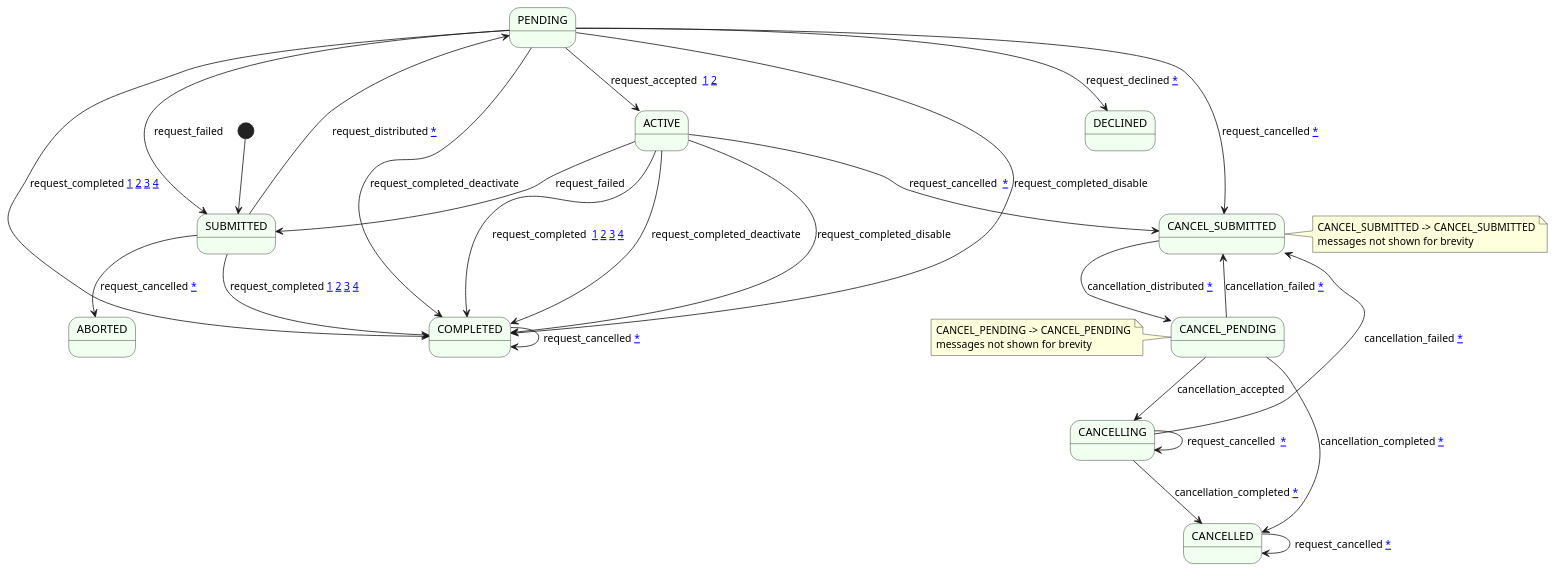
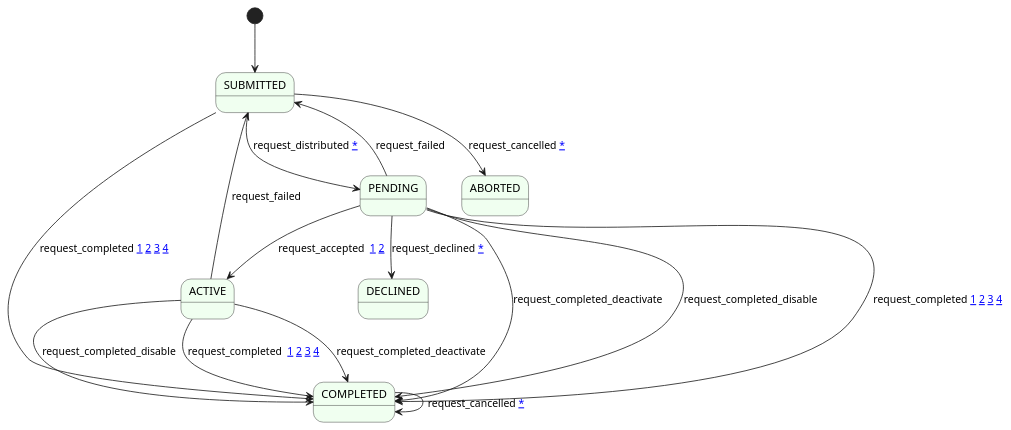
Before and after one commit to ONSdigital/rm-action-service: the diagram in diagrams/action-state.puml, drawn with PlantUML. The commit also changed 6 other files, not shown here.

```diff
--- a/diagrams/action-state.puml
+++ b/diagrams/action-state.puml
@@ -1,64 +1,26 @@
 @startuml
 skinparam state {
     BackgroundColor HoneyDew
 }
 
 [*] --> SUBMITTED
 
 SUBMITTED --> PENDING : request_distributed [[https://github.com/ONSdigital/rm-action-service/blob/master/src/main/java/uk/gov/ons/ctp/response/action/service/impl/ActionProcessingServiceImpl.java#L106 *]]
 SUBMITTED --> COMPLETED : request_completed [[https://github.com/ONSdigital/rm-action-service/blob/master/src/main/java/uk/gov/ons/ctp/response/action/service/impl/ActionProcessingServiceImpl.java#L107 1]] [[https://github.com/ONSdigital/rm-actionexporter-service/blob/master/src/main/java/uk/gov/ons/ctp/response/action/export/message/impl/SftpServicePublisherImpl.java#L131 2]] [[https://github.com/ONSdigital/rm-actionexporter-service/blob/master/src/main/java/uk/gov/ons/ctp/response/action/export/message/impl/SftpServicePublisherImpl.java#L130 3]] [[https://github.com/ONSdigital/rm-notify-gateway/blob/master/src/main/java/uk/gov/ons/ctp/response/notify/service/impl/NotifyServiceImpl.java#L227 4]]
 SUBMITTED --> ABORTED : request_cancelled [[https://github.com/ONSdigital/rm-action-service/blob/master/src/main/java/uk/gov/ons/ctp/response/action/service/impl/ActionServiceImpl.java#L109 *]]
 
 PENDING --> SUBMITTED : request_failed
-PENDING --> CANCEL_SUBMITTED : request_cancelled [[https://github.com/ONSdigital/rm-action-service/blob/master/src/main/java/uk/gov/ons/ctp/response/action/service/impl/ActionServiceImpl.java#L109 *]]
 PENDING --> ACTIVE  : request_accepted  [[https://github.com/ONSdigital/rm-actionexporter-service/blob/master/src/main/java/uk/gov/ons/ctp/response/action/export/service/impl/ActionExportServiceImpl.java#L95 1]] [[https://github.com/ONSdigital/rm-notify-gateway/blob/master/src/main/java/uk/gov/ons/ctp/response/notify/message/impl/ActionInstructionReceiverImpl.java#L64 2]]
 PENDING --> DECLINED : request_declined [[https://github.com/ONSdigital/rm-notify-gateway/blob/master/src/main/java/uk/gov/ons/ctp/response/notify/message/impl/ActionInstructionReceiverImpl.java#L76 *]]
 PENDING --> COMPLETED : request_completed [[https://github.com/ONSdigital/rm-action-service/blob/master/src/main/java/uk/gov/ons/ctp/response/action/service/impl/ActionProcessingServiceImpl.java#L107 1]] [[https://github.com/ONSdigital/rm-actionexporter-service/blob/master/src/main/java/uk/gov/ons/ctp/response/action/export/message/impl/SftpServicePublisherImpl.java#L131 2]] [[https://github.com/ONSdigital/rm-actionexporter-service/blob/master/src/main/java/uk/gov/ons/ctp/response/action/export/message/impl/SftpServicePublisherImpl.java#L130 3]] [[https://github.com/ONSdigital/rm-notify-gateway/blob/master/src/main/java/uk/gov/ons/ctp/response/notify/service/impl/NotifyServiceImpl.java#L227 4]]
 PENDING --> COMPLETED : request_completed_deactivate
 PENDING --> COMPLETED : request_completed_disable
 
 ACTIVE --> SUBMITTED : request_failed
-ACTIVE --> CANCEL_SUBMITTED : request_cancelled  [[https://github.com/ONSdigital/rm-action-service/blob/master/src/main/java/uk/gov/ons/ctp/response/action/service/impl/ActionServiceImpl.java#L109 *]]
 ACTIVE --> COMPLETED : request_completed  [[https://github.com/ONSdigital/rm-action-service/blob/master/src/main/java/uk/gov/ons/ctp/response/action/service/impl/ActionProcessingServiceImpl.java#L107 1]] [[https://github.com/ONSdigital/rm-actionexporter-service/blob/master/src/main/java/uk/gov/ons/ctp/response/action/export/message/impl/SftpServicePublisherImpl.java#L131 2]] [[https://github.com/ONSdigital/rm-actionexporter-service/blob/master/src/main/java/uk/gov/ons/ctp/response/action/export/message/impl/SftpServicePublisherImpl.java#L130 3]] [[https://github.com/ONSdigital/rm-notify-gateway/blob/master/src/main/java/uk/gov/ons/ctp/response/notify/service/impl/NotifyServiceImpl.java#L227 4]]
 ACTIVE --> COMPLETED : request_completed_deactivate
 ACTIVE --> COMPLETED : request_completed_disable
 
 COMPLETED --> COMPLETED : request_cancelled [[https://github.com/ONSdigital/rm-action-service/blob/master/src/main/java/uk/gov/ons/ctp/response/action/service/impl/ActionServiceImpl.java#L109 *]]
 
-' CANCEL_SUBMITTED --> CANCEL_SUBMITTED : request_cancelled
-' CANCEL_SUBMITTED --> CANCEL_SUBMITTED : request_failed
-' CANCEL_SUBMITTED --> CANCEL_SUBMITTED : request_accepted
-' CANCEL_SUBMITTED --> CANCEL_SUBMITTED : request_declined
-' CANCEL_SUBMITTED --> CANCEL_SUBMITTED : request_completed  [[https://github.com/ONSdigital/rm-action-service/blob/master/src/main/java/uk/gov/ons/ctp/response/action/service/impl/ActionProcessingServiceImpl.java#L107 1]] [[https://github.com/ONSdigital/rm-actionexporter-service/blob/master/src/main/java/uk/gov/ons/ctp/response/action/export/message/impl/SftpServicePublisherImpl.java#L131 2]] [[https://github.com/ONSdigital/rm-actionexporter-service/blob/master/src/main/java/uk/gov/ons/ctp/response/action/export/message/impl/SftpServicePublisherImpl.java#L130 3]] [[https://github.com/ONSdigital/rm-notify-gateway/blob/master/src/main/java/uk/gov/ons/ctp/response/notify/service/impl/NotifyServiceImpl.java#L227 4]]
-' CANCEL_SUBMITTED --> CANCEL_SUBMITTED : request_completed_deactivate
-' CANCEL_SUBMITTED --> CANCEL_SUBMITTED : request_completed_disable
-CANCEL_SUBMITTED --> CANCEL_PENDING : cancellation_distributed [[https://github.com/ONSdigital/rm-action-service/blob/master/src/main/java/uk/gov/ons/ctp/response/action/service/impl/ActionProcessingServiceImpl.java#L134 *]]
-
-note right of CANCEL_SUBMITTED
-CANCEL_SUBMITTED -> CANCEL_SUBMITTED
-messages not shown for brevity
-end note
-
-note left of CANCEL_PENDING
-CANCEL_PENDING -> CANCEL_PENDING
-messages not shown for brevity
-end note
-
-' CANCEL_PENDING --> CANCEL_PENDING : request_cancelled
-' CANCEL_PENDING --> CANCEL_PENDING : request_failed
-' CANCEL_PENDING --> CANCEL_PENDING : request_accepted
-' CANCEL_PENDING --> CANCEL_PENDING : request_declined
-' CANCEL_PENDING --> CANCEL_PENDING : request_completed
-' CANCEL_PENDING --> CANCEL_PENDING : request_completed_deactivate
-' CANCEL_PENDING --> CANCEL_PENDING : request_completed_disable
-CANCEL_PENDING --> CANCEL_SUBMITTED : cancellation_failed [[https://github.com/ONSdigital/rm-actionexporter-service/blob/master/src/main/java/uk/gov/ons/ctp/response/action/export/service/impl/ActionExportServiceImpl.java#L121 *]]
-CANCEL_PENDING --> CANCELLING : cancellation_accepted
-CANCEL_PENDING --> CANCELLED : cancellation_completed [[https://github.com/ONSdigital/rm-actionexporter-service/blob/master/src/main/java/uk/gov/ons/ctp/response/action/export/service/impl/ActionExportServiceImpl.java#L121 *]]
-
-CANCELLING --> CANCELLING : request_cancelled  [[https://github.com/ONSdigital/rm-action-service/blob/master/src/main/java/uk/gov/ons/ctp/response/action/service/impl/ActionServiceImpl.java#L109 *]]
-CANCELLING --> CANCEL_SUBMITTED : cancellation_failed [[https://github.com/ONSdigital/rm-actionexporter-service/blob/master/src/main/java/uk/gov/ons/ctp/response/action/export/service/impl/ActionExportServiceImpl.java#L121 *]]
-CANCELLING --> CANCELLED : cancellation_completed [[https://github.com/ONSdigital/rm-actionexporter-service/blob/master/src/main/java/uk/gov/ons/ctp/response/action/export/service/impl/ActionExportServiceImpl.java#L121 *]]
-
-CANCELLED --> CANCELLED : request_cancelled [[https://github.com/ONSdigital/rm-action-service/blob/master/src/main/java/uk/gov/ons/ctp/response/action/service/impl/ActionServiceImpl.java#L109 *]]
-
 @enduml
```
